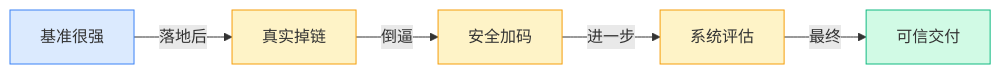
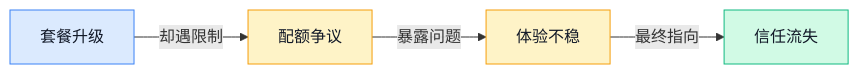
The first of 4 diagrams in content/cn/blog/weekly/2026-W16.md (ylzsdafei/ai-daily-site), drawn with Mermaid before and after one commit. The commit also changed other lines of this file and 1 other file, not shown here.

Commit message:
feat: 图谱移到文字前面（先看图再看分析）

````diff
--- a/content/cn/blog/weekly/2026-W16.md
+++ b/content/cn/blog/weekly/2026-W16.md
@@ -29,13 +20,10 @@
 ```mermaid
 graph LR
-A[基准很强] -->|落地后| B[真实掉链]
-B -->|倒逼| C[安全加码]
-C -->|进一步| D[系统评估]
-D -->|最终| E[可信交付]
-classDef blue fill:#dbeafe,stroke:#3b82f6
-classDef yellow fill:#fef3c7,stroke:#f59e0b
-classDef green fill:#d1fae5,stroke:#10b981
-class A blue
-class B,C,D yellow
-class E green
+    A[套餐升级] -->|却遇限制| B[配额争议] -->|暴露问题| C[体验不稳] -->|最终指向| D[信任流失]
+    classDef blue fill:#dbeafe,stroke:#3b82f6,color:#111827
+    classDef yellow fill:#fef3c7,stroke:#f59e0b,color:#111827
+    classDef green fill:#d1fae5,stroke:#10b981,color:#111827
+    class A blue
+    class B,C yellow
+    class D green
 ```
````
